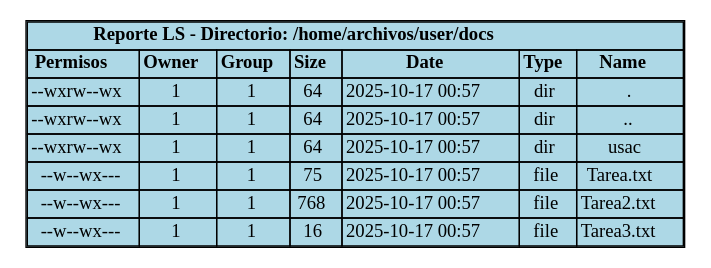
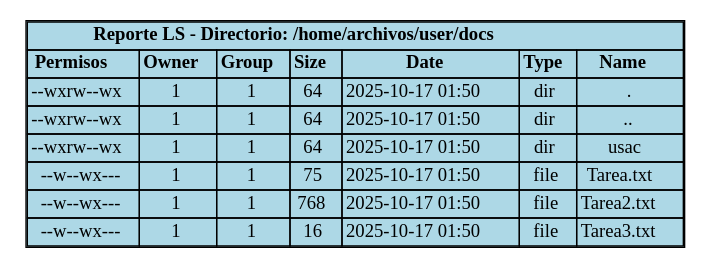
Before and after one commit to DiegVas/MIA_2S2025_P2_202300638: the diagram in backend/provider/reports/src/ls_381A.dot, drawn with Graphviz. The commit also changed 9 other files, not shown here.

```diff
--- a/backend/provider/reports/src/ls_381A.dot
+++ b/backend/provider/reports/src/ls_381A.dot
@@ -1,71 +1,71 @@
 digraph LS_Report {
     rankdir=TB;
     node [shape=plaintext];
     edge [style=invisible];
     title [label=<<TABLE BORDER="1" CELLBORDER="1" CELLSPACING="0" BGCOLOR="lightblue">
         <TR><TD COLSPAN="7"><B>Reporte LS - Directorio: /home/archivos/user/docs</B></TD></TR>
         <TR>
             <TD><B>Permisos</B></TD>
             <TD><B>Owner</B></TD>
             <TD><B>Group</B></TD>
             <TD><B>Size</B></TD>
             <TD><B>Date</B></TD>
             <TD><B>Type</B></TD>
             <TD><B>Name</B></TD>
         </TR>
         <TR>
             <TD>--wxrw--wx</TD>
             <TD>1</TD>
             <TD>1</TD>
             <TD>64</TD>
-            <TD>2025-10-17 00:57</TD>
+            <TD>2025-10-17 01:50</TD>
             <TD>dir</TD>
             <TD>.</TD>
         </TR>
         <TR>
             <TD>--wxrw--wx</TD>
             <TD>1</TD>
             <TD>1</TD>
             <TD>64</TD>
-            <TD>2025-10-17 00:57</TD>
+            <TD>2025-10-17 01:50</TD>
             <TD>dir</TD>
             <TD>..</TD>
         </TR>
         <TR>
             <TD>--wxrw--wx</TD>
             <TD>1</TD>
             <TD>1</TD>
             <TD>64</TD>
-            <TD>2025-10-17 00:57</TD>
+            <TD>2025-10-17 01:50</TD>
             <TD>dir</TD>
             <TD>usac</TD>
         </TR>
         <TR>
             <TD>--w--wx---</TD>
             <TD>1</TD>
             <TD>1</TD>
             <TD>75</TD>
-            <TD>2025-10-17 00:57</TD>
+            <TD>2025-10-17 01:50</TD>
             <TD>file</TD>
             <TD>Tarea.txt</TD>
         </TR>
         <TR>
             <TD>--w--wx---</TD>
             <TD>1</TD>
             <TD>1</TD>
             <TD>768</TD>
-            <TD>2025-10-17 00:57</TD>
+            <TD>2025-10-17 01:50</TD>
             <TD>file</TD>
             <TD>Tarea2.txt</TD>
         </TR>
         <TR>
             <TD>--w--wx---</TD>
             <TD>1</TD>
             <TD>1</TD>
             <TD>16</TD>
-            <TD>2025-10-17 00:57</TD>
+            <TD>2025-10-17 01:50</TD>
             <TD>file</TD>
             <TD>Tarea3.txt</TD>
         </TR>
     </TABLE>>];
 }
```
